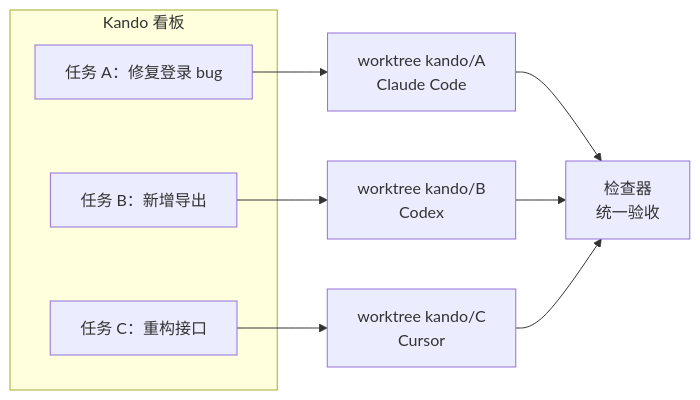
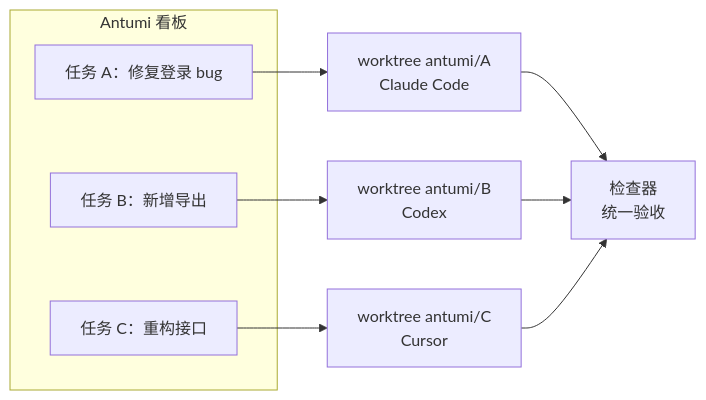
One commit to Wusuluren/antumi changed the second of 2 diagrams in README.md. Above: the diagram before and after it, drawn with Mermaid. The commit also changed other lines of this file and 5 other files, not shown here.

````diff
--- a/README.md
+++ b/README.md
@@ -61,14 +61,14 @@
 ```mermaid
 flowchart LR
-    subgraph board["Kando 看板"]
+    subgraph board["Antumi 看板"]
         T1["任务 A：修复登录 bug"]
         T2["任务 B：新增导出"]
         T3["任务 C：重构接口"]
     end
-    T1 --> W1["worktree kando/A<br/>Claude Code"]
-    T2 --> W2["worktree kando/B<br/>Codex"]
-    T3 --> W3["worktree kando/C<br/>Cursor"]
+    T1 --> W1["worktree antumi/A<br/>Claude Code"]
+    T2 --> W2["worktree antumi/B<br/>Codex"]
+    T3 --> W3["worktree antumi/C<br/>Cursor"]
     W1 --> R["检查器<br/>统一验收"]
     W2 --> R
     W3 --> R
 ```
````
